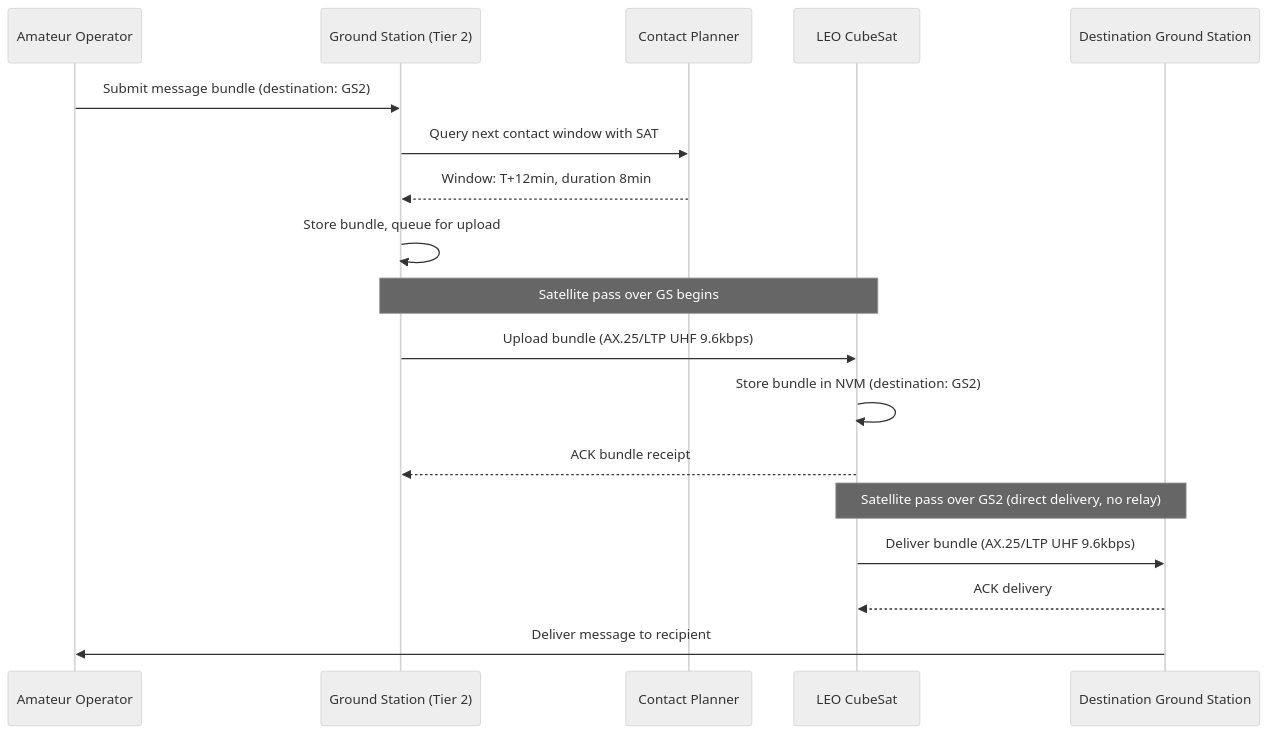
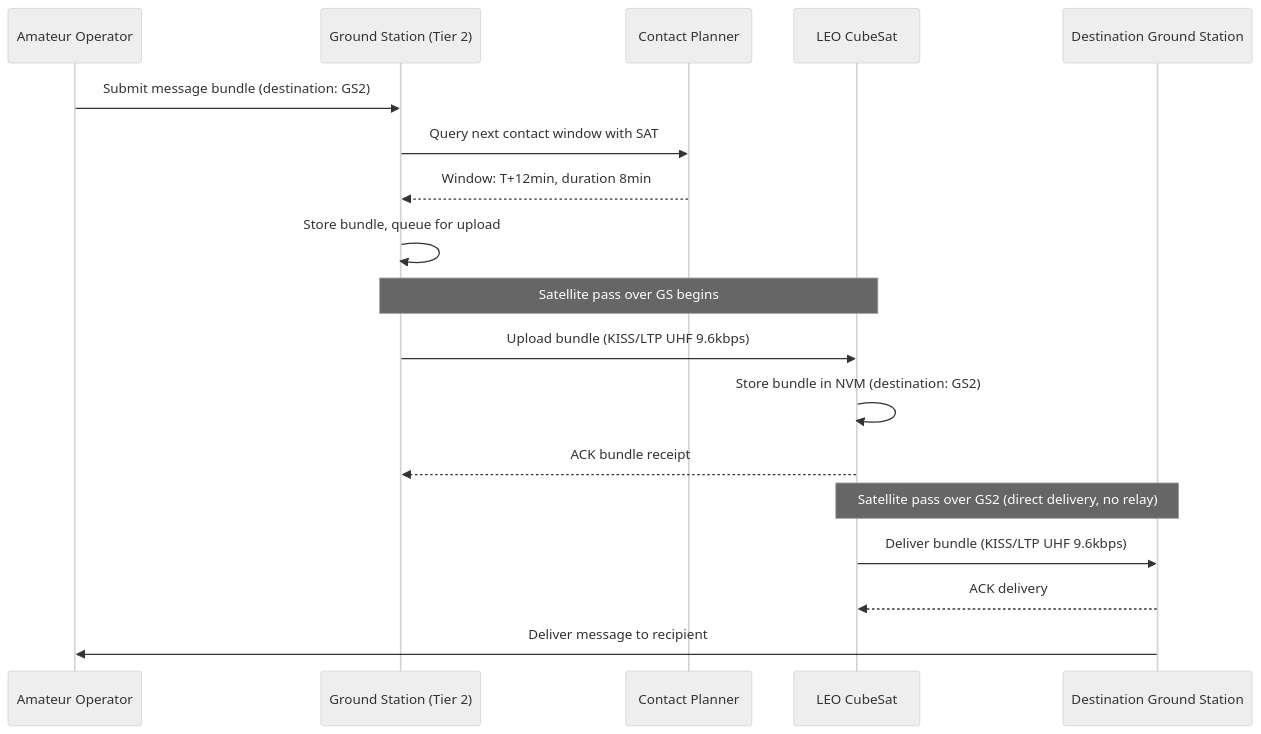
The second of 5 diagrams in docs/cislunar-amateur-dtn-payload/design.md (g4dpz/cislunar_proposal), drawn with Mermaid (neutral theme) before and after one commit. The commit also changed other lines of this file and 17 other files, not shown here.

Commit message:
Replace AX.25 with LTP-over-KISS and dtn:// EIDs across all specs, add cislunar redirect conf

````diff
--- a/docs/cislunar-amateur-dtn-payload/design.md
+++ b/docs/cislunar-amateur-dtn-payload/design.md
@@ -69,23 +69,23 @@
 ```mermaid
 sequenceDiagram
     participant User as Amateur Operator
     participant GS as Ground Station (Tier 2)
     participant CP as Contact Planner
     participant SAT as LEO CubeSat
     participant GS2 as Destination Ground Station
 
     User->>GS: Submit message bundle (destination: GS2)
     GS->>CP: Query next contact window with SAT
     CP-->>GS: Window: T+12min, duration 8min
     GS->>GS: Store bundle, queue for upload
 
     Note over GS,SAT: Satellite pass over GS begins
-    GS->>SAT: Upload bundle (AX.25/LTP UHF 9.6kbps)
+    GS->>SAT: Upload bundle (KISS/LTP UHF 9.6kbps)
     SAT->>SAT: Store bundle in NVM (destination: GS2)
     SAT-->>GS: ACK bundle receipt
 
     Note over SAT,GS2: Satellite pass over GS2 (direct delivery, no relay)
-    SAT->>GS2: Deliver bundle (AX.25/LTP UHF 9.6kbps)
+    SAT->>GS2: Deliver bundle (KISS/LTP UHF 9.6kbps)
     GS2-->>SAT: ACK delivery
     GS2->>User: Deliver message to recipient
 ```
````
